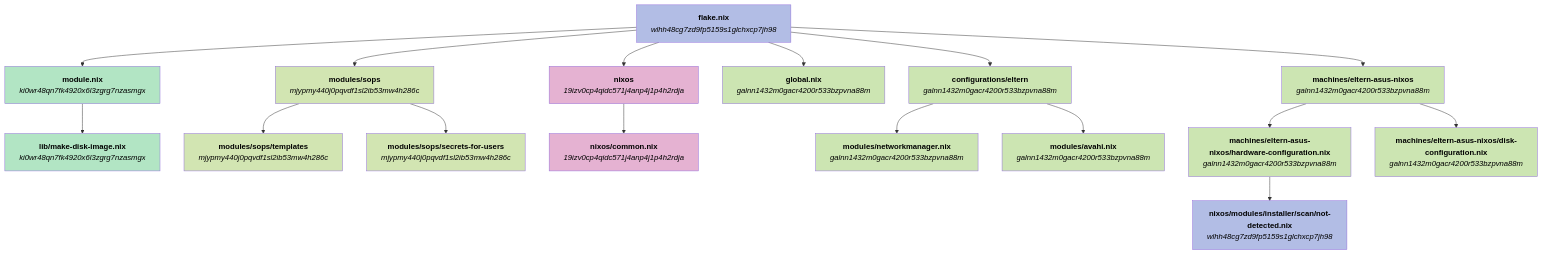
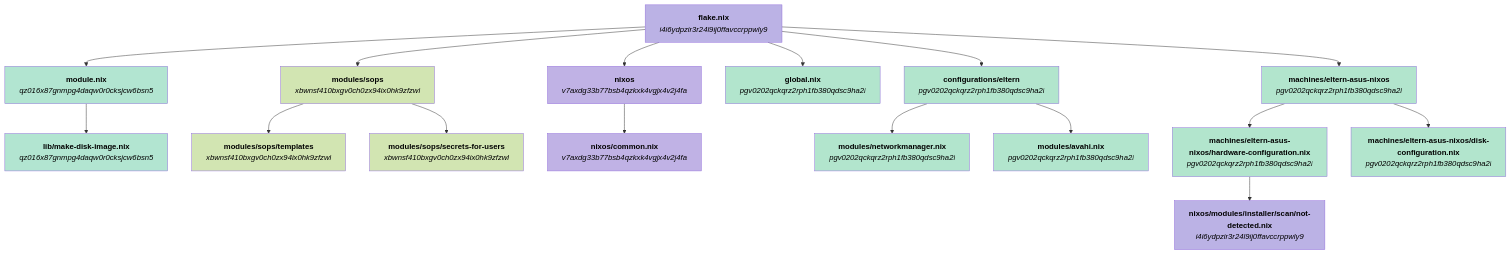
The first of 6 diagrams in GRAPHS.md (welles/nixos-config), drawn with Mermaid before and after one commit. The commit also changed other lines of this file, not shown here.

Commit message:
Update configuration graphs file

````diff
--- a/GRAPHS.md
+++ b/GRAPHS.md
@@ -5,82 +5,82 @@
 ```mermaid
 flowchart TD
-    nwlhh48cg7zd9fp5159s1glchxcp7jh98_flake_nix["`**flake.nix**
+    ni4i6ydpzir3r24l9ij0ffavccrppwly9_flake_nix["`**flake.nix**
 
-_wlhh48cg7zd9fp5159s1glchxcp7jh98_`"]
-    nki0wr48qn7fk4920x6l3zgrg7nzasmgx_module_nix["`**module.nix**
+_i4i6ydpzir3r24l9ij0ffavccrppwly9_`"]
+    nqz016x87gnmpg4daqw0r0cksjcw6bsn5_module_nix["`**module.nix**
 
-_ki0wr48qn7fk4920x6l3zgrg7nzasmgx_`"]
-    nki0wr48qn7fk4920x6l3zgrg7nzasmgx_lib_make_disk_image_nix["`**lib/make-disk-image.nix**
+_qz016x87gnmpg4daqw0r0cksjcw6bsn5_`"]
+    nqz016x87gnmpg4daqw0r0cksjcw6bsn5_lib_make_disk_image_nix["`**lib/make-disk-image.nix**
 
-_ki0wr48qn7fk4920x6l3zgrg7nzasmgx_`"]
-    nmjypmy440j0pqvdf1sl2ib53mw4h286c_modules_sops["`**modules/sops**
+_qz016x87gnmpg4daqw0r0cksjcw6bsn5_`"]
+    nxbwnsf410bxgv0ch0zx94ix0hk9zfzwl_modules_sops["`**modules/sops**
 
-_mjypmy440j0pqvdf1sl2ib53mw4h286c_`"]
-    nmjypmy440j0pqvdf1sl2ib53mw4h286c_modules_sops_templates["`**modules/sops/templates**
+_xbwnsf410bxgv0ch0zx94ix0hk9zfzwl_`"]
+    nxbwnsf410bxgv0ch0zx94ix0hk9zfzwl_modules_sops_templates["`**modules/sops/templates**
 
-_mjypmy440j0pqvdf1sl2ib53mw4h286c_`"]
-    nmjypmy440j0pqvdf1sl2ib53mw4h286c_modules_sops_secrets_for_users["`**modules/sops/secrets-for-users**
+_xbwnsf410bxgv0ch0zx94ix0hk9zfzwl_`"]
+    nxbwnsf410bxgv0ch0zx94ix0hk9zfzwl_modules_sops_secrets_for_users["`**modules/sops/secrets-for-users**
 
-_mjypmy440j0pqvdf1sl2ib53mw4h286c_`"]
-    n19izv0cp4qidc571j4anp4j1p4h2rdja_nixos["`**nixos**
+_xbwnsf410bxgv0ch0zx94ix0hk9zfzwl_`"]
+    nv7axdg33b77bsb4qzkxk4vgjx4v2j4fa_nixos["`**nixos**
 
-_19izv0cp4qidc571j4anp4j1p4h2rdja_`"]
-    n19izv0cp4qidc571j4anp4j1p4h2rdja_nixos_common_nix["`**nixos/common.nix**
+_v7axdg33b77bsb4qzkxk4vgjx4v2j4fa_`"]
+    nv7axdg33b77bsb4qzkxk4vgjx4v2j4fa_nixos_common_nix["`**nixos/common.nix**
 
-_19izv0cp4qidc571j4anp4j1p4h2rdja_`"]
-    ngalnn1432m0gacr4200r533bzpvna88m_global_nix["`**global.nix**
+_v7axdg33b77bsb4qzkxk4vgjx4v2j4fa_`"]
+    npgv0202qckqrz2rph1fb380qdsc9ha2l_global_nix["`**global.nix**
 
-_galnn1432m0gacr4200r533bzpvna88m_`"]
-    ngalnn1432m0gacr4200r533bzpvna88m_configurations_eltern["`**configurations/eltern**
+_pgv0202qckqrz2rph1fb380qdsc9ha2l_`"]
+    npgv0202qckqrz2rph1fb380qdsc9ha2l_configurations_eltern["`**configurations/eltern**
 
-_galnn1432m0gacr4200r533bzpvna88m_`"]
-    ngalnn1432m0gacr4200r533bzpvna88m_modules_networkmanager_nix["`**modules/networkmanager.nix**
+_pgv0202qckqrz2rph1fb380qdsc9ha2l_`"]
+    npgv0202qckqrz2rph1fb380qdsc9ha2l_modules_networkmanager_nix["`**modules/networkmanager.nix**
 
-_galnn1432m0gacr4200r533bzpvna88m_`"]
-    ngalnn1432m0gacr4200r533bzpvna88m_modules_avahi_nix["`**modules/avahi.nix**
+_pgv0202qckqrz2rph1fb380qdsc9ha2l_`"]
+    npgv0202qckqrz2rph1fb380qdsc9ha2l_modules_avahi_nix["`**modules/avahi.nix**
 
-_galnn1432m0gacr4200r533bzpvna88m_`"]
-    ngalnn1432m0gacr4200r533bzpvna88m_machines_eltern_asus_nixos["`**machines/eltern-asus-nixos**
+_pgv0202qckqrz2rph1fb380qdsc9ha2l_`"]
+    npgv0202qckqrz2rph1fb380qdsc9ha2l_machines_eltern_asus_nixos["`**machines/eltern-asus-nixos**
 
-_galnn1432m0gacr4200r533bzpvna88m_`"]
-    ngalnn1432m0gacr4200r533bzpvna88m_machines_eltern_asus_nixos_hardware_configuration_nix["`**machines/eltern-asus-nixos/hardware-configuration.nix**
+_pgv0202qckqrz2rph1fb380qdsc9ha2l_`"]
+    npgv0202qckqrz2rph1fb380qdsc9ha2l_machines_eltern_asus_nixos_hardware_configuration_nix["`**machines/eltern-asus-nixos/hardware-configuration.nix**
 
-_galnn1432m0gacr4200r533bzpvna88m_`"]
-    nwlhh48cg7zd9fp5159s1glchxcp7jh98_nixos_modules_installer_scan_not_detected_nix["`**nixos/modules/installer/scan/not-detected.nix**
+_pgv0202qckqrz2rph1fb380qdsc9ha2l_`"]
+    ni4i6ydpzir3r24l9ij0ffavccrppwly9_nixos_modules_installer_scan_not_detected_nix["`**nixos/modules/installer/scan/not-detected.nix**
 
-_wlhh48cg7zd9fp5159s1glchxcp7jh98_`"]
-    ngalnn1432m0gacr4200r533bzpvna88m_machines_eltern_asus_nixos_disk_configuration_nix["`**machines/eltern-asus-nixos/disk-configuration.nix**
+_i4i6ydpzir3r24l9ij0ffavccrppwly9_`"]
+    npgv0202qckqrz2rph1fb380qdsc9ha2l_machines_eltern_asus_nixos_disk_configuration_nix["`**machines/eltern-asus-nixos/disk-configuration.nix**
 
-_galnn1432m0gacr4200r533bzpvna88m_`"]
-    nwlhh48cg7zd9fp5159s1glchxcp7jh98_flake_nix --> nki0wr48qn7fk4920x6l3zgrg7nzasmgx_module_nix
-    nwlhh48cg7zd9fp5159s1glchxcp7jh98_flake_nix --> nmjypmy440j0pqvdf1sl2ib53mw4h286c_modules_sops
-    nwlhh48cg7zd9fp5159s1glchxcp7jh98_flake_nix --> n19izv0cp4qidc571j4anp4j1p4h2rdja_nixos
-    nwlhh48cg7zd9fp5159s1glchxcp7jh98_flake_nix --> ngalnn1432m0gacr4200r533bzpvna88m_global_nix
-    nwlhh48cg7zd9fp5159s1glchxcp7jh98_flake_nix --> ngalnn1432m0gacr4200r533bzpvna88m_configurations_eltern
-    nwlhh48cg7zd9fp5159s1glchxcp7jh98_flake_nix --> ngalnn1432m0gacr4200r533bzpvna88m_machines_eltern_asus_nixos
-    nki0wr48qn7fk4920x6l3zgrg7nzasmgx_module_nix --> nki0wr48qn7fk4920x6l3zgrg7nzasmgx_lib_make_disk_image_nix
-    nmjypmy440j0pqvdf1sl2ib53mw4h286c_modules_sops --> nmjypmy440j0pqvdf1sl2ib53mw4h286c_modules_sops_templates
-    nmjypmy440j0pqvdf1sl2ib53mw4h286c_modules_sops --> nmjypmy440j0pqvdf1sl2ib53mw4h286c_modules_sops_secrets_for_users
-    n19izv0cp4qidc571j4anp4j1p4h2rdja_nixos --> n19izv0cp4qidc571j4anp4j1p4h2rdja_nixos_common_nix
-    ngalnn1432m0gacr4200r533bzpvna88m_configurations_eltern --> ngalnn1432m0gacr4200r533bzpvna88m_modules_networkmanager_nix
-    ngalnn1432m0gacr4200r533bzpvna88m_configurations_eltern --> ngalnn1432m0gacr4200r533bzpvna88m_modules_avahi_nix
-    ngalnn1432m0gacr4200r533bzpvna88m_machines_eltern_asus_nixos --> ngalnn1432m0gacr4200r533bzpvna88m_machines_eltern_asus_nixos_hardware_configuration_nix
-    ngalnn1432m0gacr4200r533bzpvna88m_machines_eltern_asus_nixos --> ngalnn1432m0gacr4200r533bzpvna88m_machines_eltern_asus_nixos_disk_configuration_nix
-    ngalnn1432m0gacr4200r533bzpvna88m_machines_eltern_asus_nixos_hardware_configuration_nix --> nwlhh48cg7zd9fp5159s1glchxcp7jh98_nixos_modules_installer_scan_not_detected_nix
-    style nwlhh48cg7zd9fp5159s1glchxcp7jh98_flake_nix fill:#b2bde5,color:#000000
-    style nki0wr48qn7fk4920x6l3zgrg7nzasmgx_module_nix fill:#b2e5c4,color:#000000
-    style nki0wr48qn7fk4920x6l3zgrg7nzasmgx_lib_make_disk_image_nix fill:#b2e5c4,color:#000000
-    style nmjypmy440j0pqvdf1sl2ib53mw4h286c_modules_sops fill:#d2e5b2,color:#000000
-    style nmjypmy440j0pqvdf1sl2ib53mw4h286c_modules_sops_templates fill:#d2e5b2,color:#000000
-    style nmjypmy440j0pqvdf1sl2ib53mw4h286c_modules_sops_secrets_for_users fill:#d2e5b2,color:#000000
-    style n19izv0cp4qidc571j4anp4j1p4h2rdja_nixos fill:#e5b2d2,color:#000000
-    style n19izv0cp4qidc571j4anp4j1p4h2rdja_nixos_common_nix fill:#e5b2d2,color:#000000
-    style ngalnn1432m0gacr4200r533bzpvna88m_global_nix fill:#cce5b2,color:#000000
-    style ngalnn1432m0gacr4200r533bzpvna88m_configurations_eltern fill:#cce5b2,color:#000000
-    style ngalnn1432m0gacr4200r533bzpvna88m_modules_networkmanager_nix fill:#cce5b2,color:#000000
-    style ngalnn1432m0gacr4200r533bzpvna88m_modules_avahi_nix fill:#cce5b2,color:#000000
-    style ngalnn1432m0gacr4200r533bzpvna88m_machines_eltern_asus_nixos fill:#cce5b2,color:#000000
-    style ngalnn1432m0gacr4200r533bzpvna88m_machines_eltern_asus_nixos_hardware_configuration_nix fill:#cce5b2,color:#000000
-    style nwlhh48cg7zd9fp5159s1glchxcp7jh98_nixos_modules_installer_scan_not_detected_nix fill:#b2bde5,color:#000000
-    style ngalnn1432m0gacr4200r533bzpvna88m_machines_eltern_asus_nixos_disk_configuration_nix fill:#cce5b2,color:#000000
+_pgv0202qckqrz2rph1fb380qdsc9ha2l_`"]
+    ni4i6ydpzir3r24l9ij0ffavccrppwly9_flake_nix --> nqz016x87gnmpg4daqw0r0cksjcw6bsn5_module_nix
+    ni4i6ydpzir3r24l9ij0ffavccrppwly9_flake_nix --> nxbwnsf410bxgv0ch0zx94ix0hk9zfzwl_modules_sops
+    ni4i6ydpzir3r24l9ij0ffavccrppwly9_flake_nix --> nv7axdg33b77bsb4qzkxk4vgjx4v2j4fa_nixos
+    ni4i6ydpzir3r24l9ij0ffavccrppwly9_flake_nix --> npgv0202qckqrz2rph1fb380qdsc9ha2l_global_nix
+    ni4i6ydpzir3r24l9ij0ffavccrppwly9_flake_nix --> npgv0202qckqrz2rph1fb380qdsc9ha2l_configurations_eltern
+    ni4i6ydpzir3r24l9ij0ffavccrppwly9_flake_nix --> npgv0202qckqrz2rph1fb380qdsc9ha2l_machines_eltern_asus_nixos
+    nqz016x87gnmpg4daqw0r0cksjcw6bsn5_module_nix --> nqz016x87gnmpg4daqw0r0cksjcw6bsn5_lib_make_disk_image_nix
+    nxbwnsf410bxgv0ch0zx94ix0hk9zfzwl_modules_sops --> nxbwnsf410bxgv0ch0zx94ix0hk9zfzwl_modules_sops_templates
+    nxbwnsf410bxgv0ch0zx94ix0hk9zfzwl_modules_sops --> nxbwnsf410bxgv0ch0zx94ix0hk9zfzwl_modules_sops_secrets_for_users
+    nv7axdg33b77bsb4qzkxk4vgjx4v2j4fa_nixos --> nv7axdg33b77bsb4qzkxk4vgjx4v2j4fa_nixos_common_nix
+    npgv0202qckqrz2rph1fb380qdsc9ha2l_configurations_eltern --> npgv0202qckqrz2rph1fb380qdsc9ha2l_modules_networkmanager_nix
+    npgv0202qckqrz2rph1fb380qdsc9ha2l_configurations_eltern --> npgv0202qckqrz2rph1fb380qdsc9ha2l_modules_avahi_nix
+    npgv0202qckqrz2rph1fb380qdsc9ha2l_machines_eltern_asus_nixos --> npgv0202qckqrz2rph1fb380qdsc9ha2l_machines_eltern_asus_nixos_hardware_configuration_nix
+    npgv0202qckqrz2rph1fb380qdsc9ha2l_machines_eltern_asus_nixos --> npgv0202qckqrz2rph1fb380qdsc9ha2l_machines_eltern_asus_nixos_disk_configuration_nix
+    npgv0202qckqrz2rph1fb380qdsc9ha2l_machines_eltern_asus_nixos_hardware_configuration_nix --> ni4i6ydpzir3r24l9ij0ffavccrppwly9_nixos_modules_installer_scan_not_detected_nix
+    style ni4i6ydpzir3r24l9ij0ffavccrppwly9_flake_nix fill:#bbb2e5,color:#000000
+    style nqz016x87gnmpg4daqw0r0cksjcw6bsn5_module_nix fill:#b2e5d1,color:#000000
+    style nqz016x87gnmpg4daqw0r0cksjcw6bsn5_lib_make_disk_image_nix fill:#b2e5d1,color:#000000
+    style nxbwnsf410bxgv0ch0zx94ix0hk9zfzwl_modules_sops fill:#d2e5b2,color:#000000
+    style nxbwnsf410bxgv0ch0zx94ix0hk9zfzwl_modules_sops_templates fill:#d2e5b2,color:#000000
+    style nxbwnsf410bxgv0ch0zx94ix0hk9zfzwl_modules_sops_secrets_for_users fill:#d2e5b2,color:#000000
+    style nv7axdg33b77bsb4qzkxk4vgjx4v2j4fa_nixos fill:#c0b2e5,color:#000000
+    style nv7axdg33b77bsb4qzkxk4vgjx4v2j4fa_nixos_common_nix fill:#c0b2e5,color:#000000
+    style npgv0202qckqrz2rph1fb380qdsc9ha2l_global_nix fill:#b2e5cd,color:#000000
+    style npgv0202qckqrz2rph1fb380qdsc9ha2l_configurations_eltern fill:#b2e5cd,color:#000000
+    style npgv0202qckqrz2rph1fb380qdsc9ha2l_modules_networkmanager_nix fill:#b2e5cd,color:#000000
+    style npgv0202qckqrz2rph1fb380qdsc9ha2l_modules_avahi_nix fill:#b2e5cd,color:#000000
+    style npgv0202qckqrz2rph1fb380qdsc9ha2l_machines_eltern_asus_nixos fill:#b2e5cd,color:#000000
+    style npgv0202qckqrz2rph1fb380qdsc9ha2l_machines_eltern_asus_nixos_hardware_configuration_nix fill:#b2e5cd,color:#000000
+    style ni4i6ydpzir3r24l9ij0ffavccrppwly9_nixos_modules_installer_scan_not_detected_nix fill:#bbb2e5,color:#000000
+    style npgv0202qckqrz2rph1fb380qdsc9ha2l_machines_eltern_asus_nixos_disk_configuration_nix fill:#b2e5cd,color:#000000
 ```
````
